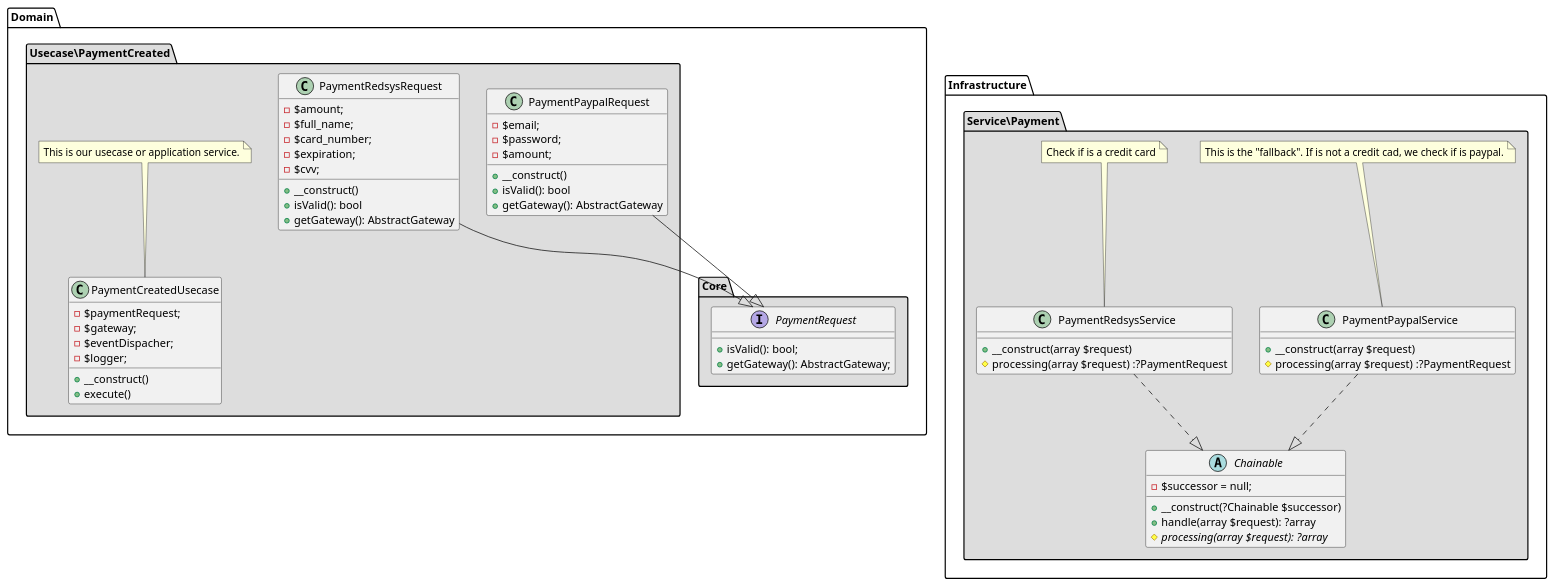
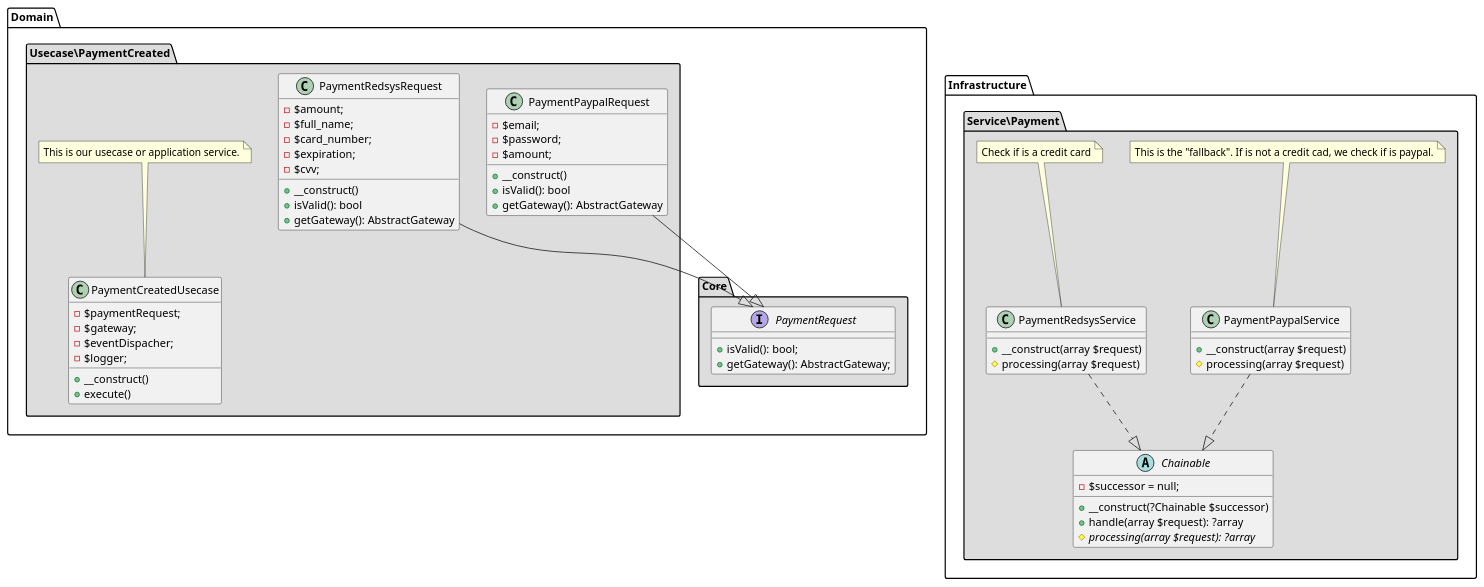
One commit to spvernet/demo_payment changed the diagram in docs/proposal/diagram.plantuml. Above: the diagram before and after it, drawn with PlantUML. The commit also changed 3 other files, not shown here.

```diff
--- a/docs/proposal/diagram.plantuml
+++ b/docs/proposal/diagram.plantuml
@@ -1,87 +1,87 @@
 @startuml
 
 
 
 namespace Domain{
 
     namespace Core #DDDDDD {
       interface PaymentRequest {
         + isValid(): bool;
         +  getGateway(): AbstractGateway;
       }
     }
 
     namespace Usecase\PaymentCreated #DDDDDD {
       class PaymentCreatedUsecase {
           - $paymentRequest;
           - $gateway;
           - $eventDispacher;
           - $logger;
         + __construct()
         + execute()
       }
 
       note top of PaymentCreatedUsecase
             This is our usecase or application service.
         end note
 
       class PaymentPaypalRequest {
           - $email;
           - $password;
           - $amount;
         + __construct()
         + isValid(): bool
         + getGateway(): AbstractGateway
       }
 
       class PaymentRedsysRequest {
           - $amount;
           - $full_name;
           - $card_number;
           - $expiration;
           - $cvv;
           + __construct()
           + isValid(): bool
           + getGateway(): AbstractGateway
       }
 
       PaymentPaypalRequest --|> Domain.Core.PaymentRequest
       PaymentRedsysRequest --|> Domain.Core.PaymentRequest
 
     }
 }
 
 
 namespace Infrastructure {
 
    namespace Service\Payment #DDDDDD {
         abstract class Chainable {
           - $successor = null;
           + __construct(?Chainable $successor)
           + handle(array $request): ?array
           #{abstract} processing(array $request): ?array
         }
 
         class PaymentPaypalService {
             + __construct(array $request)
-            #processing(array $request) :?PaymentRequest
+            #processing(array $request)
         }
         note top of PaymentPaypalService
             This is the "fallback". If is not a credit cad, we check if is paypal.
         end note
 
         class PaymentRedsysService {
             + __construct(array $request)
-            #processing(array $request) :?PaymentRequest
+            #processing(array $request)
         }
         note top of PaymentRedsysService
             Check if is a credit card
         end note
 
         PaymentRedsysService ..|> Chainable
         PaymentPaypalService ..|> Chainable
 
     }
 }
 
 @enduml
```
